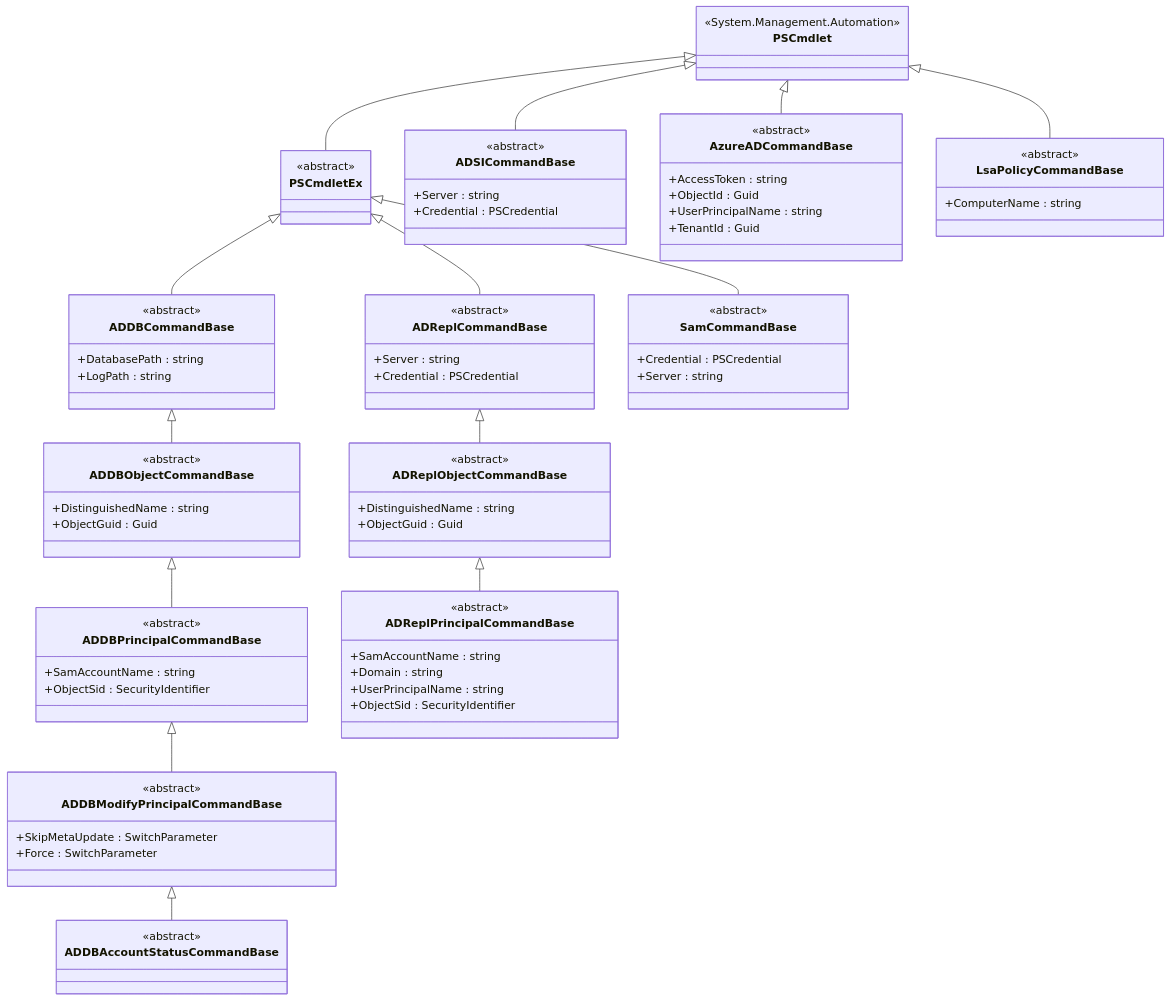
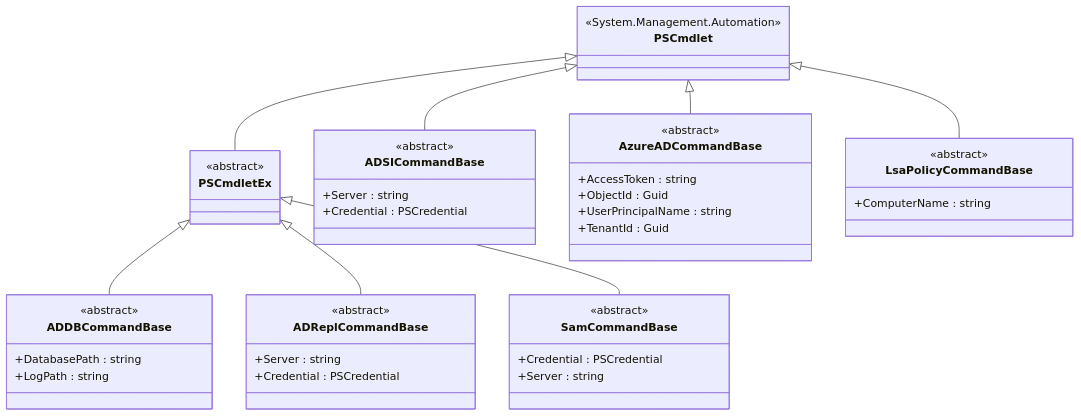
Before and after one commit to MichaelGrafnetter/DSInternals: the first of 9 diagrams in Src/DSInternals.PowerShell/Commands/README.md, drawn with Mermaid. The commit also changed other lines of this file and 26 other files, not shown here.

```diff
--- a/Src/DSInternals.PowerShell/Commands/README.md
+++ b/Src/DSInternals.PowerShell/Commands/README.md
@@ -20,40 +20,10 @@
         +DatabasePath : string
         +LogPath : string
     }
-    class ADDBObjectCommandBase {
-        <<abstract>>
-        +DistinguishedName : string
-        +ObjectGuid : Guid
-    }
-    class ADDBPrincipalCommandBase {
-        <<abstract>>
-        +SamAccountName : string
-        +ObjectSid : SecurityIdentifier
-    }
-    class ADDBModifyPrincipalCommandBase {
-        <<abstract>>
-        +SkipMetaUpdate : SwitchParameter
-        +Force : SwitchParameter
-    }
-    class ADDBAccountStatusCommandBase {
-        <<abstract>>
-    }
     class ADReplCommandBase {
         <<abstract>>
         +Server : string
         +Credential : PSCredential
-    }
-    class ADReplObjectCommandBase {
-        <<abstract>>
-        +DistinguishedName : string
-        +ObjectGuid : Guid
-    }
-    class ADReplPrincipalCommandBase {
-        <<abstract>>
-        +SamAccountName : string
-        +Domain : string
-        +UserPrincipalName : string
-        +ObjectSid : SecurityIdentifier
     }
     class ADSICommandBase {
         <<abstract>>
@@ -79,13 +49,7 @@
 
     PSCmdlet <|-- PSCmdletEx
     PSCmdletEx <|-- ADDBCommandBase
-    ADDBCommandBase <|-- ADDBObjectCommandBase
-    ADDBObjectCommandBase <|-- ADDBPrincipalCommandBase
-    ADDBPrincipalCommandBase <|-- ADDBModifyPrincipalCommandBase
-    ADDBModifyPrincipalCommandBase <|-- ADDBAccountStatusCommandBase
     PSCmdletEx <|-- ADReplCommandBase
-    ADReplCommandBase <|-- ADReplObjectCommandBase
-    ADReplObjectCommandBase <|-- ADReplPrincipalCommandBase
     PSCmdlet <|-- ADSICommandBase
     PSCmdlet <|-- AzureADCommandBase
     PSCmdlet <|-- LsaPolicyCommandBase
```
